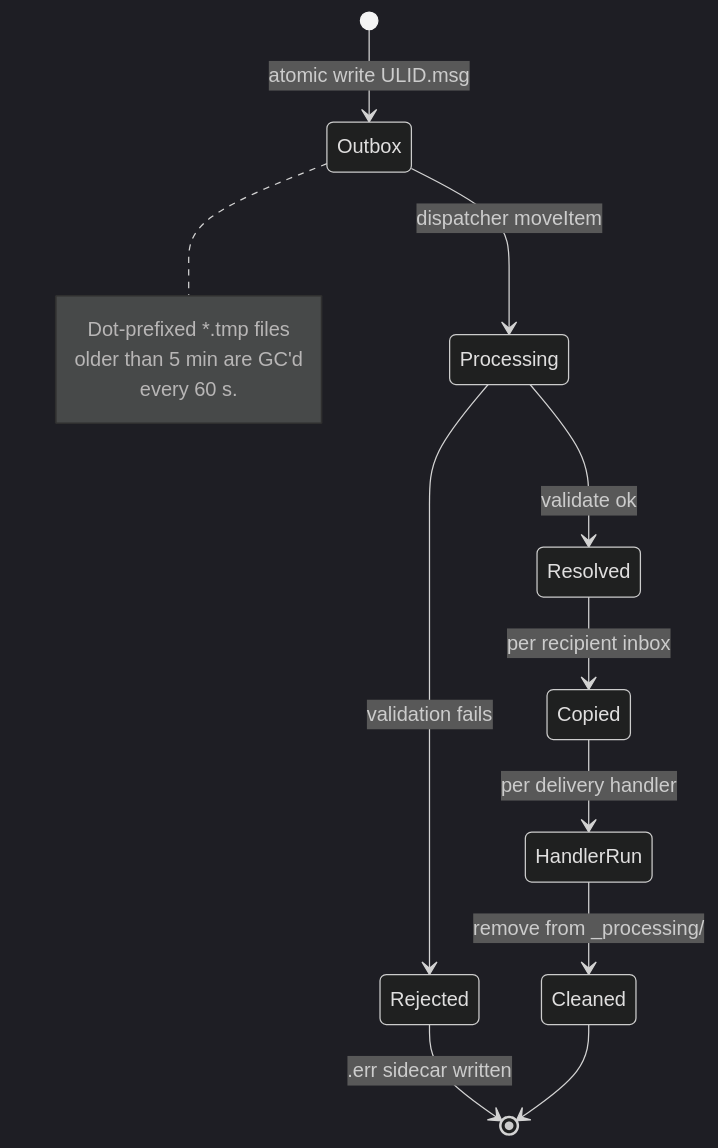
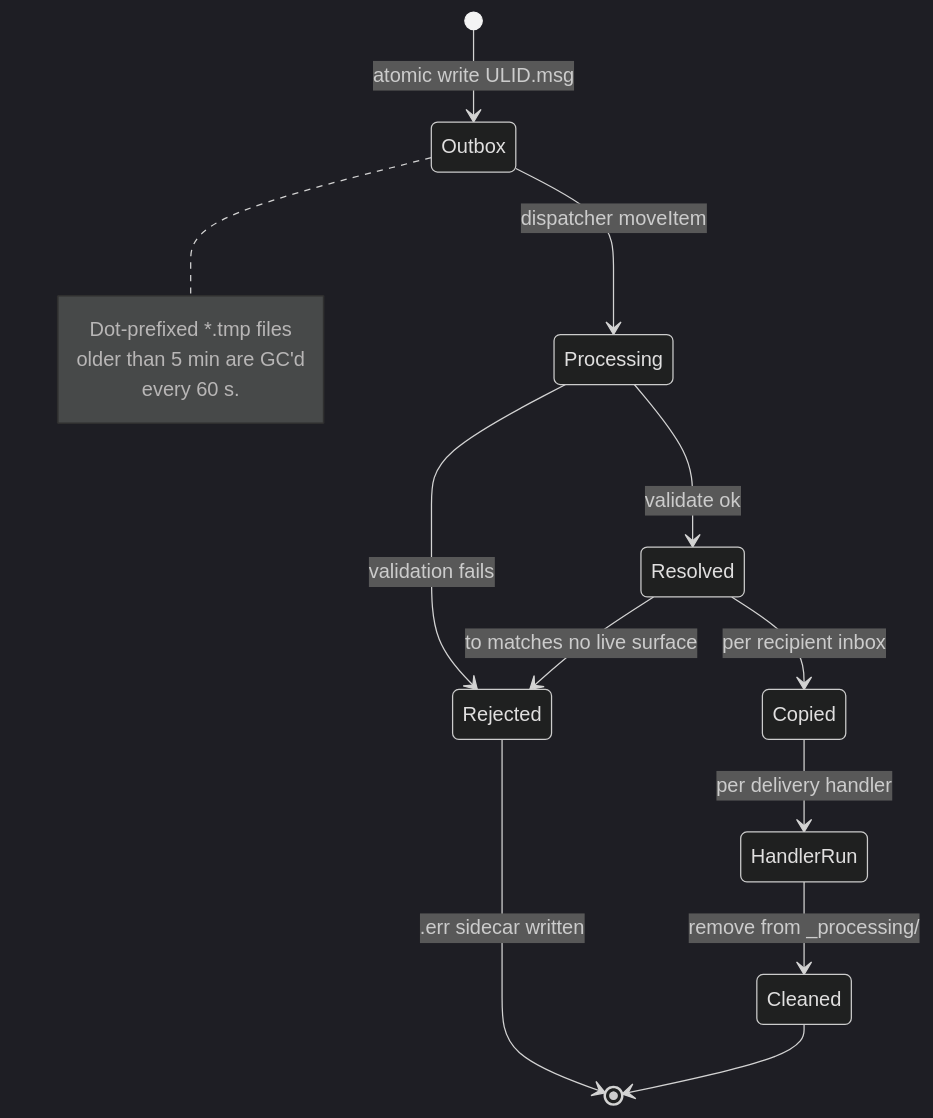
One commit to Stage-11-Agentics/c11 changed the fourth of 6 diagrams in docs/c11-mailbox-guide.md. Above: the diagram before and after it, drawn with Mermaid (dark theme). The commit also changed other lines of this file and 8 other files, not shown here.

````diff
--- a/docs/c11-mailbox-guide.md
+++ b/docs/c11-mailbox-guide.md
@@ -199,17 +225,18 @@
 ```mermaid
 stateDiagram-v2
     [*] --> Outbox: atomic write ULID.msg
     Outbox --> Processing: dispatcher moveItem
     Processing --> Rejected: validation fails
     Processing --> Resolved: validate ok
+    Resolved --> Rejected: to matches no live surface
     Resolved --> Copied: per recipient inbox
     Copied --> HandlerRun: per delivery handler
     HandlerRun --> Cleaned: remove from _processing/
     Rejected --> [*]: .err sidecar written
     Cleaned --> [*]
     note right of Outbox
         Dot-prefixed *.tmp files
         older than 5 min are GC'd
         every 60 s.
     end note
 ```
````
